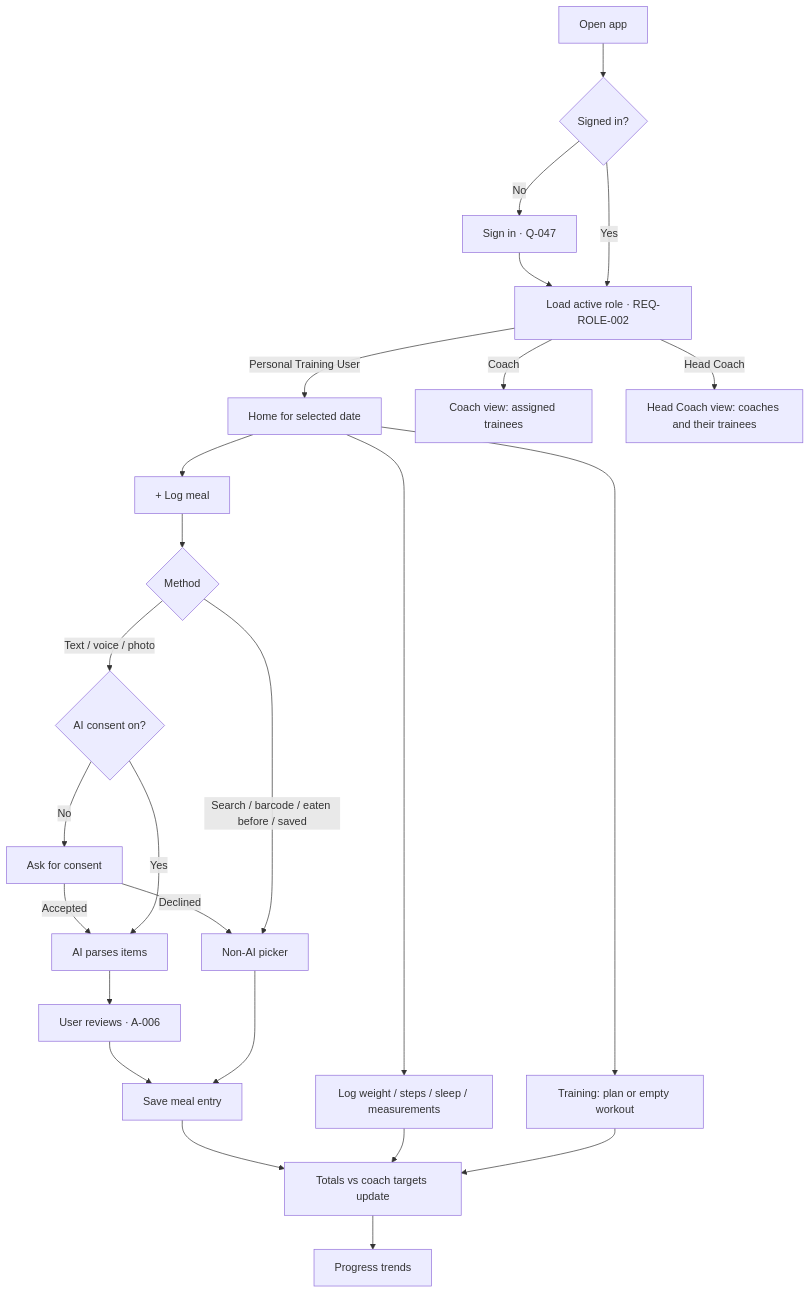
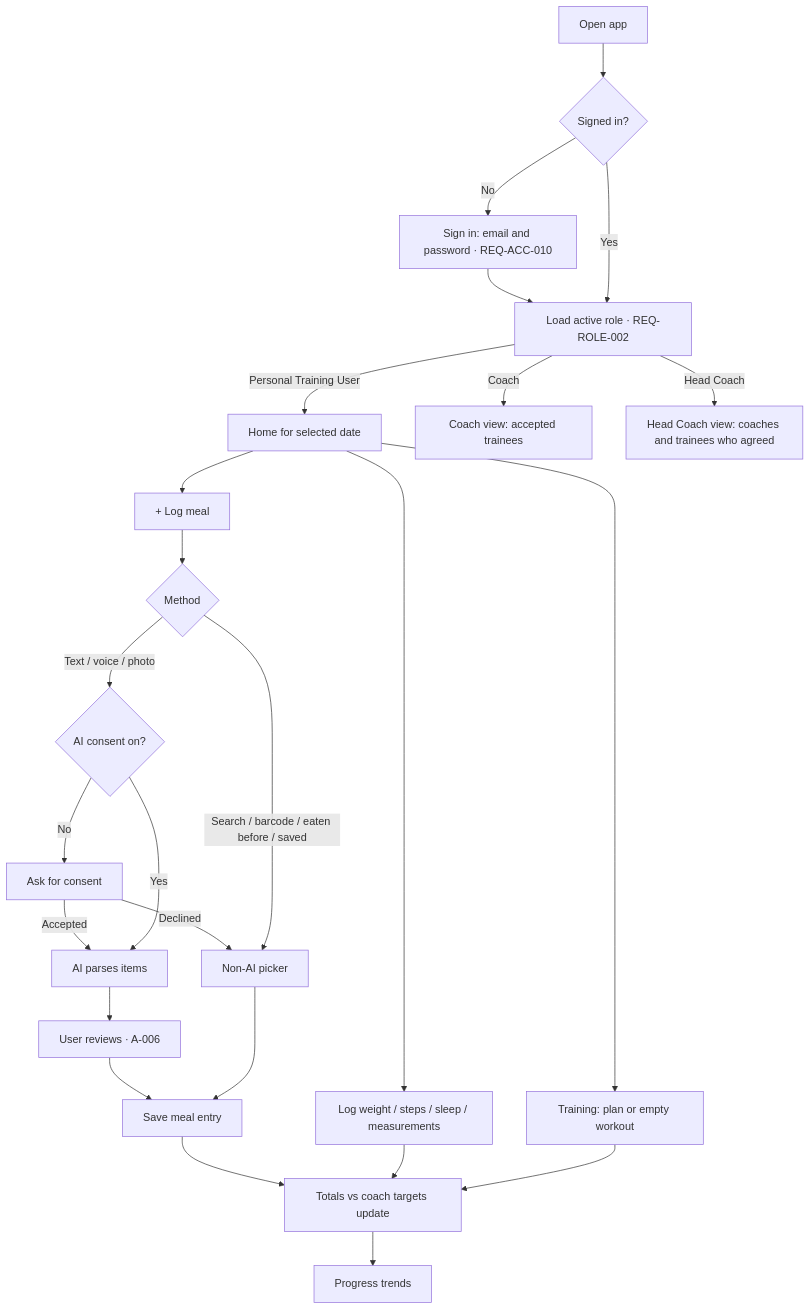
Before and after one commit to pradeepKumawatPalara/fitsphere: the first of 3 diagrams in flow.md, drawn with Mermaid. The commit also changed other lines of this file and 13 other files, not shown here.

````diff
--- a/flow.md
+++ b/flow.md
@@ -13,20 +13,20 @@
 ```mermaid
 flowchart TD
     A[Open app] --> B{Signed in?}
-    B -- No --> S[Sign in · Q-047] --> C
+    B -- No --> S[Sign in: email and password · REQ-ACC-010] --> C
     B -- Yes --> C[Load active role · REQ-ROLE-002]
     C -- Personal Training User --> H[Home for selected date]
-    C -- Coach --> CV[Coach view: assigned trainees]
-    C -- Head Coach --> HV[Head Coach view: coaches and their trainees]
+    C -- Coach --> CV[Coach view: accepted trainees]
+    C -- Head Coach --> HV[Head Coach view: coaches and trainees who agreed]
     H --> P["+ Log meal"]
     P --> M{Method}
     M -- Text / voice / photo --> K{AI consent on?}
     K -- No --> ASK[Ask for consent] -->|Declined| ALT
     ASK -->|Accepted| AI
     K -- Yes --> AI[AI parses items] --> R[User reviews · A-006] --> SAVE
     M -- Search / barcode / eaten before / saved --> ALT[Non-AI picker] --> SAVE
     SAVE[Save meal entry] --> T[Totals vs coach targets update]
     H --> W[Log weight / steps / sleep / measurements] --> T
     H --> TR[Training: plan or empty workout] --> T
     T --> PR[Progress trends]
 ```
````
